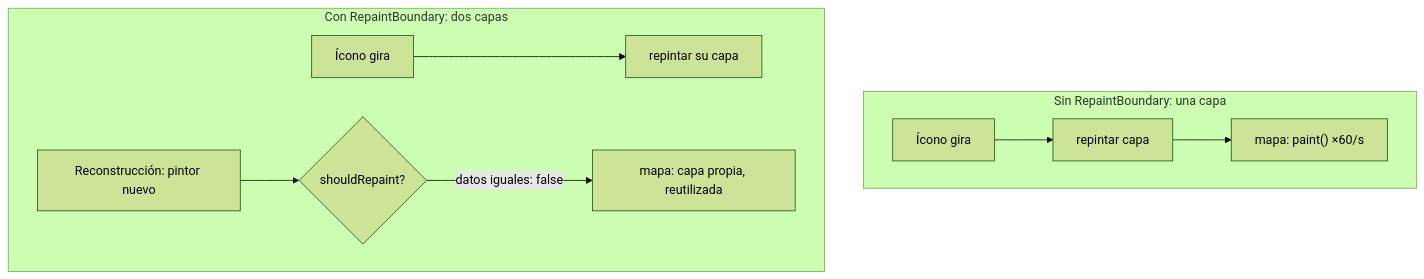
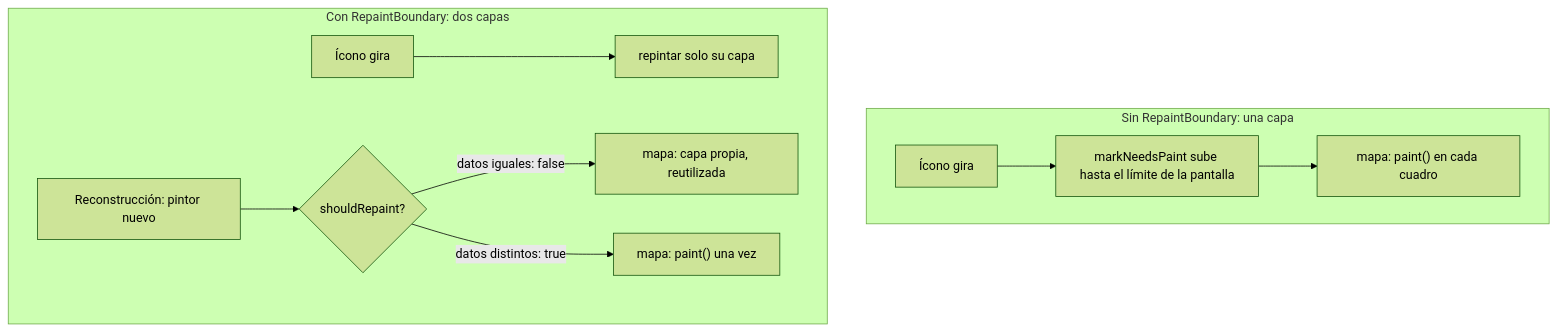
Before and after one commit to NICORUIZ93/The_Imperial_Book: the fifth of 5 diagrams in web/public/content/flutter/modulo-8.md, drawn with Mermaid (forest theme). The commit also changed other lines of this file and 65 other files, not shown here.

````diff
--- a/web/public/content/flutter/modulo-8.md
+++ b/web/public/content/flutter/modulo-8.md
@@ -1221,12 +1653,14 @@
 ```mermaid
 flowchart TB
     subgraph S["Sin RepaintBoundary: una capa"]
-        A1["Ícono gira"] --> C1["repintar capa"] --> M1["mapa: paint() ×60/s"]
+        A1["Ícono gira"] --> MP1["markNeedsPaint sube hasta el límite de la pantalla"]
+        MP1 --> M1["mapa: paint() en cada cuadro"]
     end
     subgraph C["Con RepaintBoundary: dos capas"]
-        A2["Ícono gira"] --> C2["repintar su capa"]
+        A2["Ícono gira"] --> C2["repintar solo su capa"]
         M2["mapa: capa propia, reutilizada"]
         R["Reconstrucción: pintor nuevo"] --> Q{"shouldRepaint?"}
         Q -->|"datos iguales: false"| M2
+        Q -->|"datos distintos: true"| P2["mapa: paint() una vez"]
     end
 ```
````
